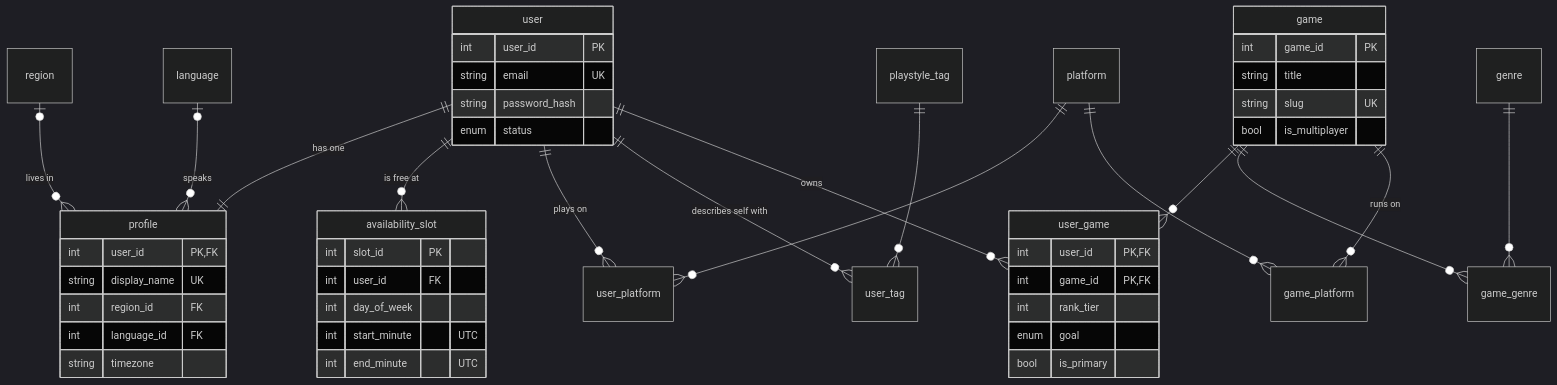
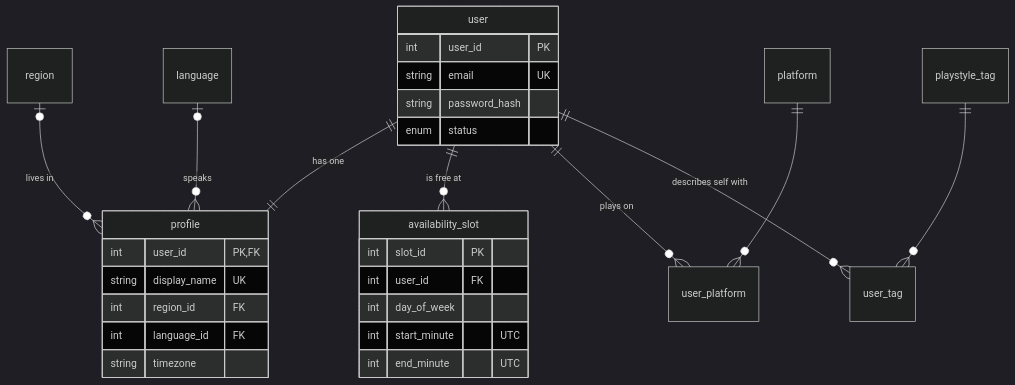
One commit to BryanD17/FAZE changed the first of 3 diagrams in docs/er-diagram.md. Above: the diagram before and after it, drawn with Mermaid (dark theme). The commit also changed other lines of this file and 9 other files, not shown here.

Commit message:
Docs: redraw the ER diagram as three readable pictures (#47)

````diff
--- a/docs/er-diagram.md
+++ b/docs/er-diagram.md
@@ -24,51 +28,32 @@
 ```mermaid
 erDiagram
     user ||--|| profile : "has one"
     region |o--o{ profile : "lives in"
     language |o--o{ profile : speaks
     user ||--o{ availability_slot : "is free at"
     user ||--o{ user_platform : "plays on"
     platform ||--o{ user_platform : ""
     user ||--o{ user_tag : "describes self with"
     playstyle_tag ||--o{ user_tag : ""
-    user ||--o{ user_game : owns
-    game ||--o{ user_game : ""
-    game ||--o{ game_genre : ""
-    genre ||--o{ game_genre : ""
-    game ||--o{ game_platform : "runs on"
-    platform ||--o{ game_platform : ""
 
     user {
         int user_id PK
         string email UK
         string password_hash
         enum status
     }
     profile {
         int user_id PK, FK
         string display_name UK
         int region_id FK
         int language_id FK
         string timezone
     }
     availability_slot {
         int slot_id PK
         int user_id FK
         int day_of_week
         int start_minute "UTC"
         int end_minute "UTC"
     }
-    user_game {
-        int user_id PK, FK
-        int game_id PK, FK
-        int rank_tier
-        enum goal
-        bool is_primary
-    }
-    game {
-        int game_id PK
-        string title
-        string slug UK
-        bool is_multiplayer
-    }
 ```
````
